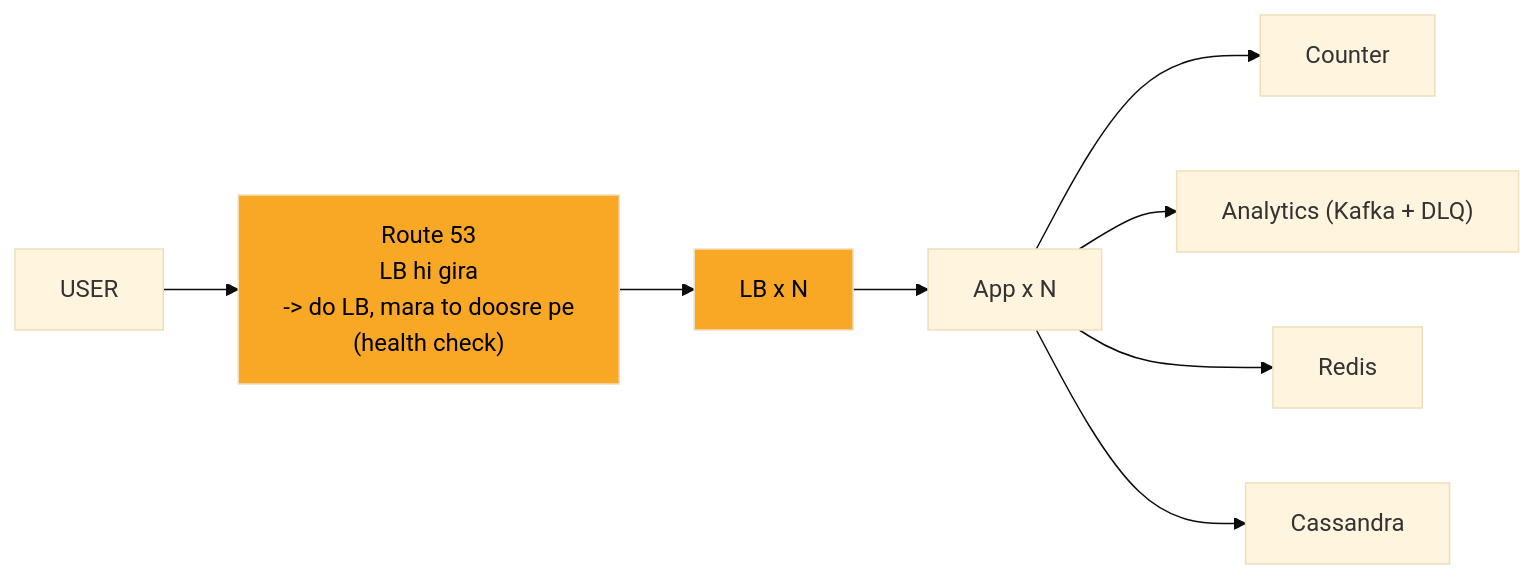
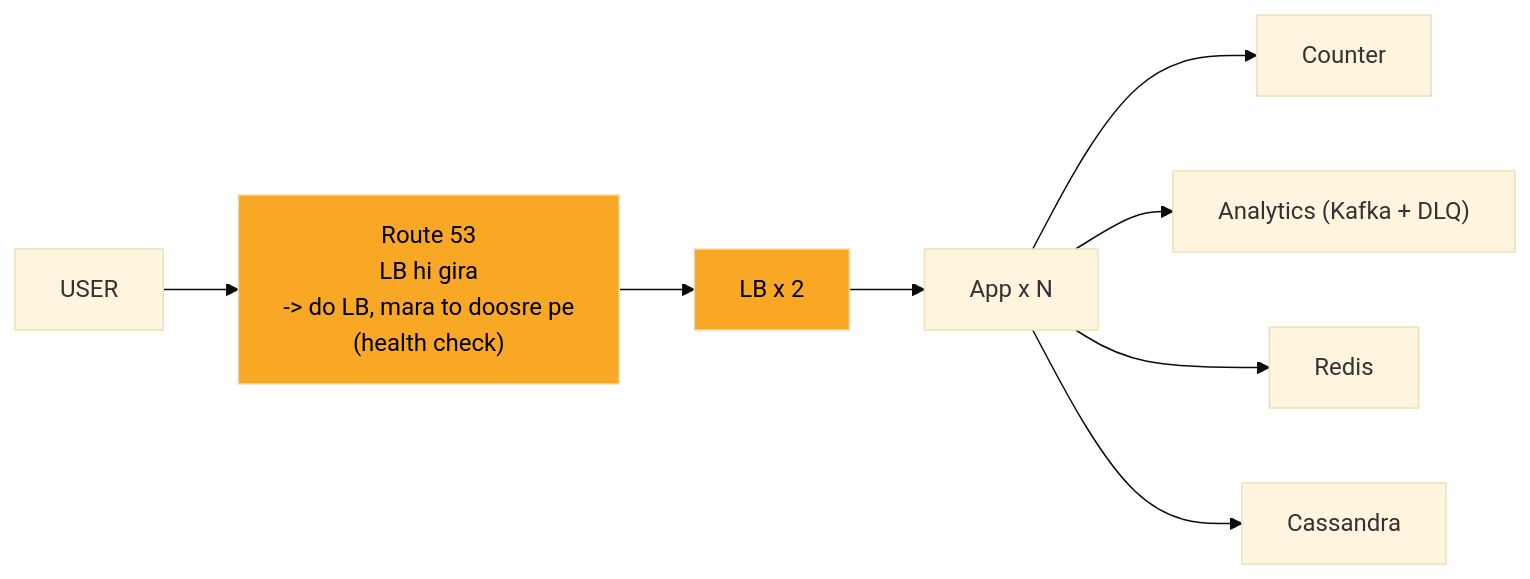
One commit to ArpanMaheshwari144/Prep changed the eighth of 10 diagrams in 04_HLD/SYSTEM_DESIGNS/01_url_shortener/01_url_shortener.md. Above: the diagram before and after it, drawn with Mermaid (base theme). The commit also changed other lines of this file and 10 other files, not shown here.

````diff
--- a/04_HLD/SYSTEM_DESIGNS/01_url_shortener/01_url_shortener.md
+++ b/04_HLD/SYSTEM_DESIGNS/01_url_shortener/01_url_shortener.md
@@ -329,20 +329,20 @@
 ```mermaid
 flowchart LR
     n_USER["USER"]
     n_Route_53["Route 53<br/>LB hi gira<br/>-> do LB, mara to doosre pe<br/>(health check)"]
-    n_LB_xN["LB x N"]
+    n_LB_xN["LB x 2"]
     n_App_xN["App x N"]
     n_Counter["Counter"]
     n_ANA["Analytics (Kafka + DLQ)"]
     n_Redis["Redis"]
     n_Cassandra["Cassandra"]
     n_USER --> n_Route_53
     n_Route_53 --> n_LB_xN
     n_LB_xN --> n_App_xN
     n_App_xN --> n_Counter
     n_App_xN --> n_ANA
     n_App_xN --> n_Redis
     n_App_xN --> n_Cassandra
     style n_Route_53 fill:#f9a825,color:#000
     style n_LB_xN fill:#f9a825,color:#000
 ```
````
